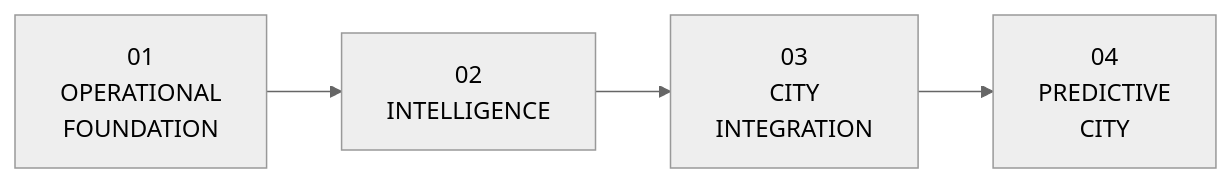
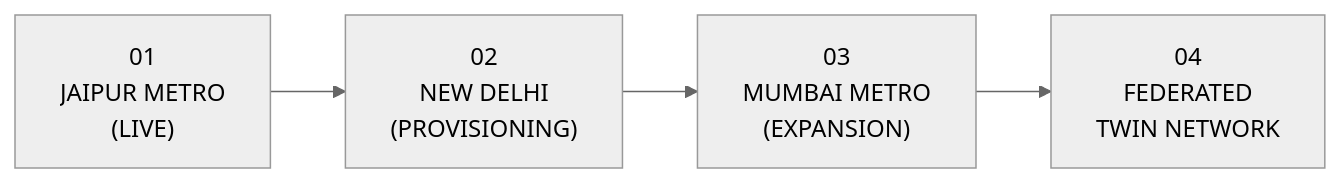
One commit to SIDDHARTHXMEUR/CIVICTWIN changed the fourth of 4 diagrams in README.md. Above: the diagram before and after it, drawn with Mermaid (neutral theme). The commit also changed other lines of this file and 23 other files, not shown here.

````diff
--- a/README.md
+++ b/README.md
@@ -541,9 +326,9 @@
 ```mermaid
 flowchart LR 
-P1["01<br/>OPERATIONAL<br/>FOUNDATION"] 
-P2["02<br/>INTELLIGENCE"] 
-P3["03<br/>CITY<br/>INTEGRATION"] 
-P4["04<br/>PREDICTIVE<br/>CITY"] 
+P1["01<br/>JAIPUR METRO<br/>(LIVE)"] 
+P2["02<br/>NEW DELHI<br/>(PROVISIONING)"] 
+P3["03<br/>MUMBAI METRO<br/>(EXPANSION)"] 
+P4["04<br/>FEDERATED<br/>TWIN NETWORK"] 
 
 P1 --> P2 --> P3 --> P4
 ```
````
